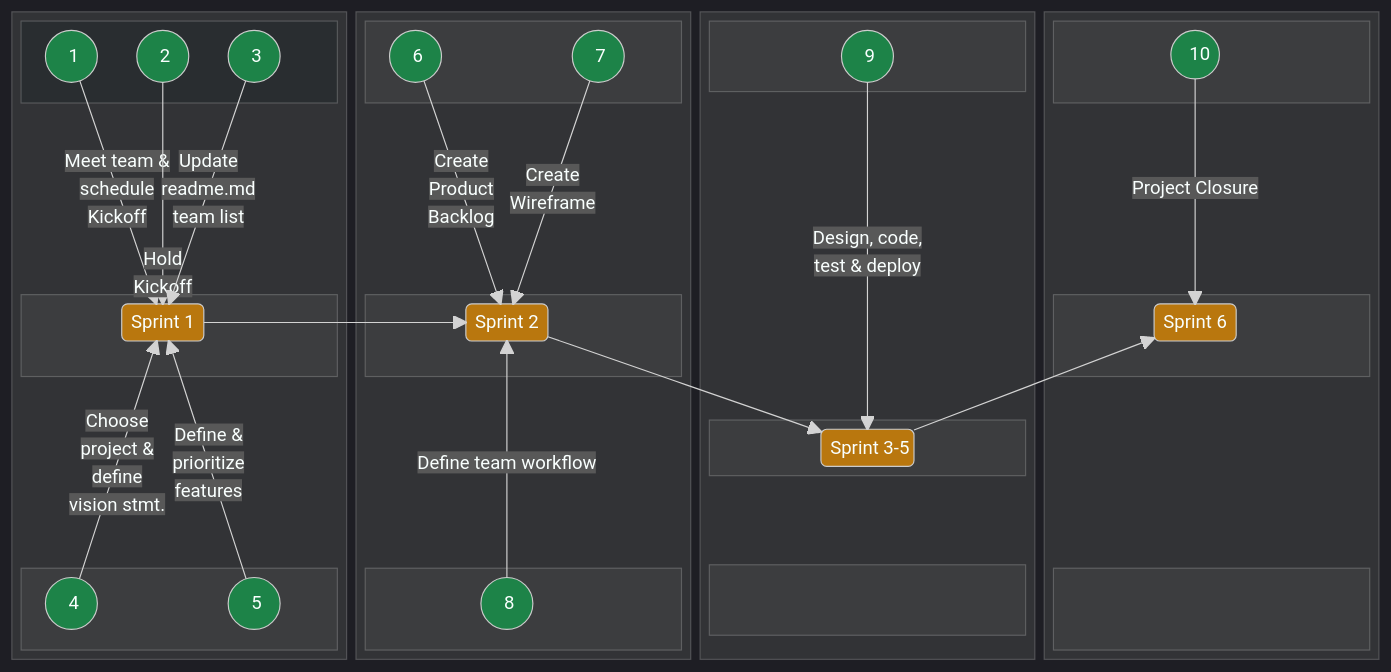
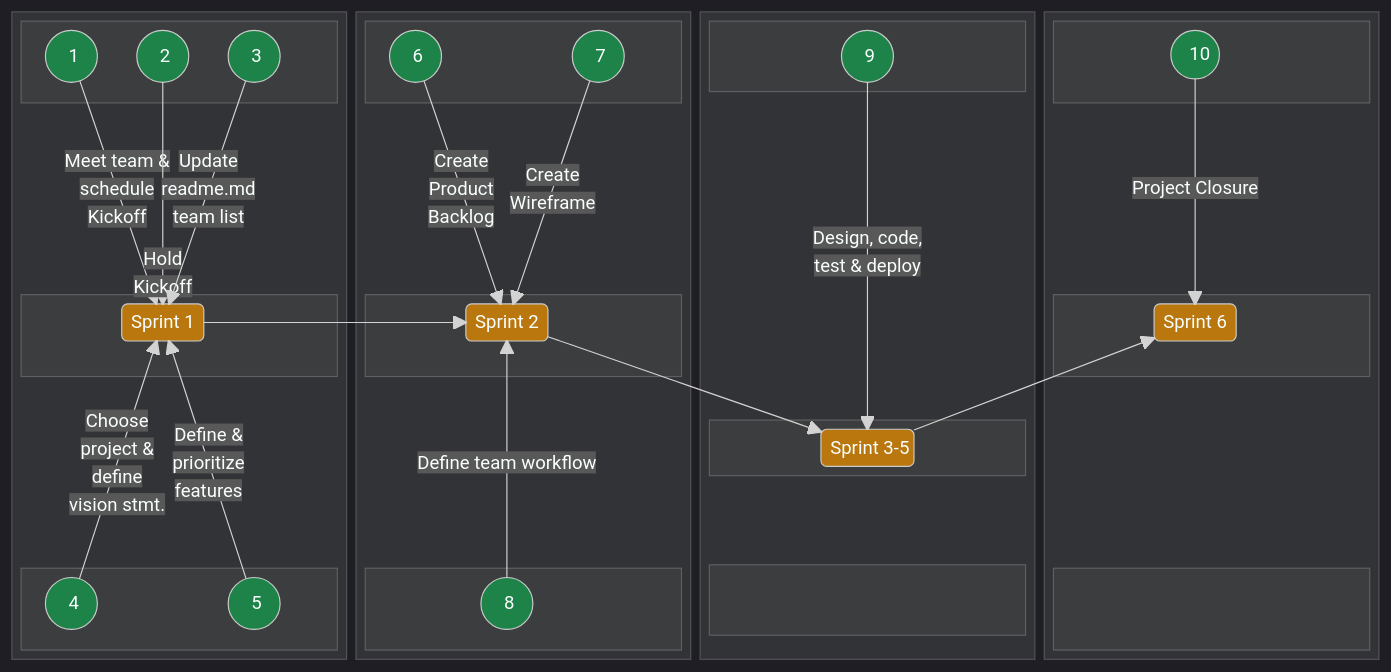
Before and after one commit to jdmedlock/mermaid_testing: the second of 2 diagrams in README.md, drawn with Mermaid.

Commit message:
Feature: Experiment with horizontal block diagram layout

```diff
--- a/README.md
+++ b/README.md
@@ -218,7 +218,7 @@
     SPRINT2 --> SPRINTS35
     SPRINTS35 --> SPRINT6
 
-    style B1TOP fill:#292d30
+    style B1TOP stroke:#292d30 fill:#292d30
 
     style A1 fill:#1d8348
     style A2 fill:#1d8348
```
